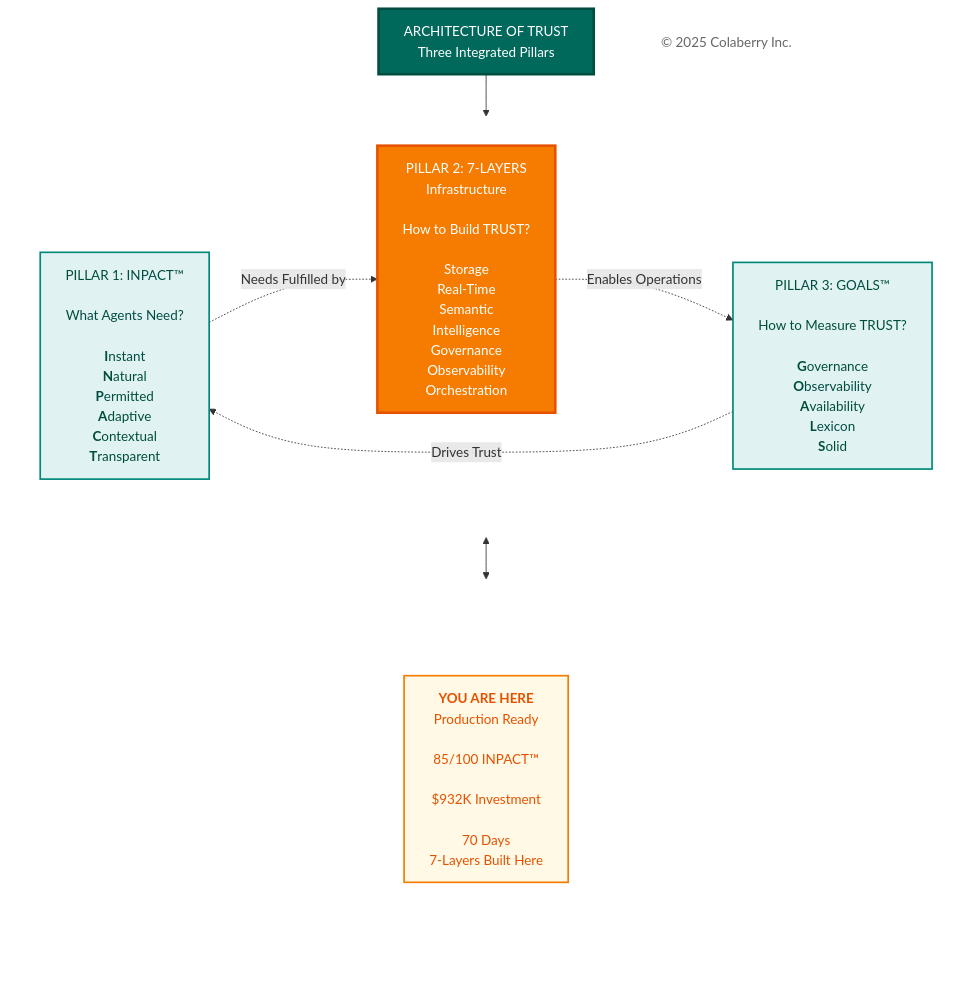
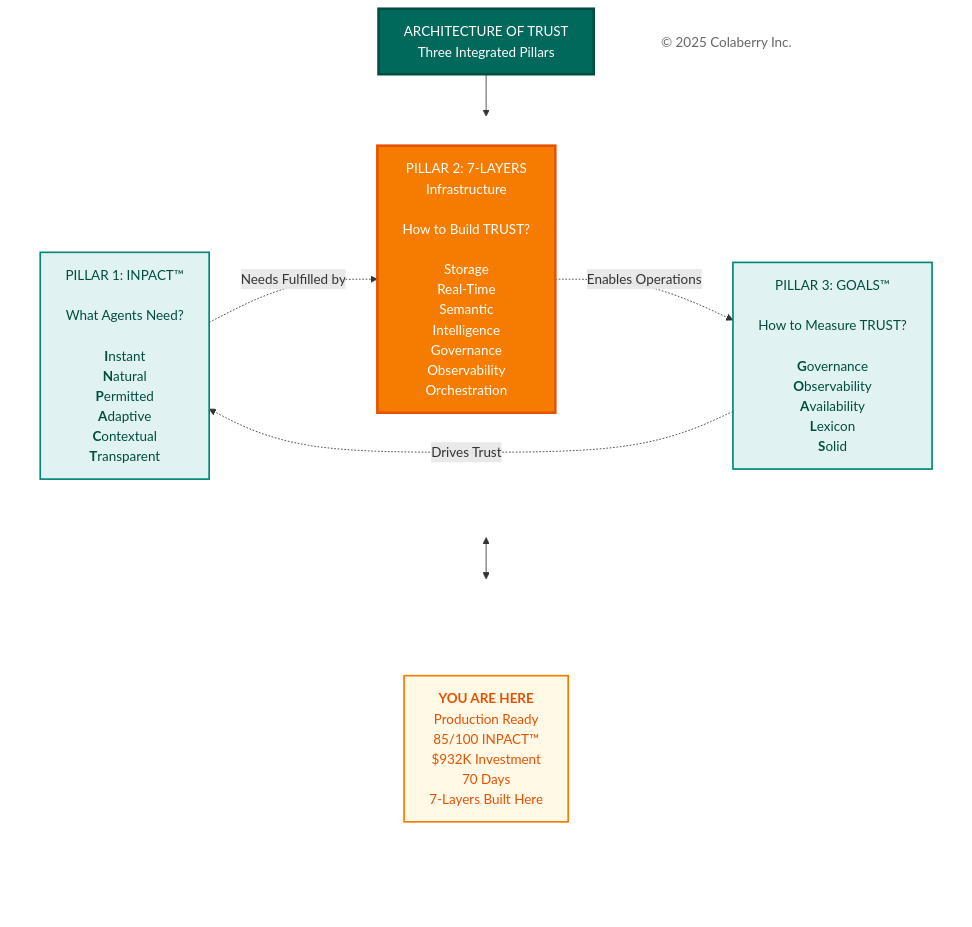
One commit to saitejesh-cyber/trust-before-intelligence-book changed diagram 14 of 14 in manuscript/07_chapter_6_transparency_orchestration_layers_v1_9.md. Above: the diagram before and after it, drawn with Mermaid.

Commit message:
Cleaning up the diagrams
Cleaning up the diagrams

````diff
--- a/manuscript/07_chapter_6_transparency_orchestration_layers_v1_9.md
+++ b/manuscript/07_chapter_6_transparency_orchestration_layers_v1_9.md
@@ -1290,49 +1290,46 @@
 ```mermaid
 
 
 
 
 graph TB
     Title["ARCHITECTURE OF TRUST<br/>Three Integrated Pillars"]
     
     subgraph PILLARS[" "]
         direction LR
         INPACT["`PILLAR 1: INPACT™<br/><br/>What Agents Need?<br/><br/>**I**nstant<br/>**N**atural<br/>**P**ermitted<br/>**A**daptive<br/>**C**ontextual<br/>**T**ransparent`"]
         
         Layers["PILLAR 2: 7-LAYERS<br/>Infrastructure<br/><br/>How to Build TRUST?<br/><br/>Storage<br/>Real-Time<br/>Semantic<br/>Intelligence<br/>Governance<br/>Observability<br/>Orchestration"]
         
         GOALS["`PILLAR 3: GOALS™<br/><br/>How to Measure TRUST?<br/><br/>**G**overnance<br/>**O**bservability<br/>**A**vailability<br/>**L**exicon<br/>**S**olid`"]
     end
     
     subgraph INDICATOR[" "]
         direction LR
         Spacer1[" "]
-        YouAreHere["<b>YOU ARE HERE</b><br/>Production Ready
-<br/>85/100 INPACT™
-<br/>$932K Investment
-<br/>70 Days <br/> 7-Layers Built Here"]
+        YouAreHere["<b>YOU ARE HERE</b><br/>Production Ready<br/>85/100 INPACT™<br/>$932K Investment<br/>70 Days <br/> 7-Layers Built Here"]
         Spacer2[" "]
     end
     
     Copyright["© 2025 Colaberry Inc."]
     
     Title --> PILLARS
     PILLARS <--> INDICATOR
     
     INPACT -.->|"Needs Fulfilled by"| Layers
     Layers -.->|"Enables Operations"| GOALS
     GOALS -.->|"Drives Trust"| INPACT
 
     style Title fill:#00695c,color:#ffffff,stroke:#004d40,stroke-width:3px
     style PILLARS fill:none,stroke:none
     style INDICATOR fill:none,stroke:none
     style INPACT fill:#e0f2f1,stroke:#00897b,stroke-width:2px,color:#004d40
     style Layers fill:#f57c00,stroke:#e65100,stroke-width:3px,color:#ffffff
     style GOALS fill:#e0f2f1,stroke:#00897b,stroke-width:2px,color:#004d40
     style Spacer1 fill:none,stroke:none,color:transparent
     style YouAreHere fill:#fff9e6,stroke:#f57c00,stroke-width:2px,color:#e65100
     style Spacer2 fill:none,stroke:none,color:transparent
     style Copyright fill:#ffffff,stroke:none,color:#666666
 
 
 ```
````
